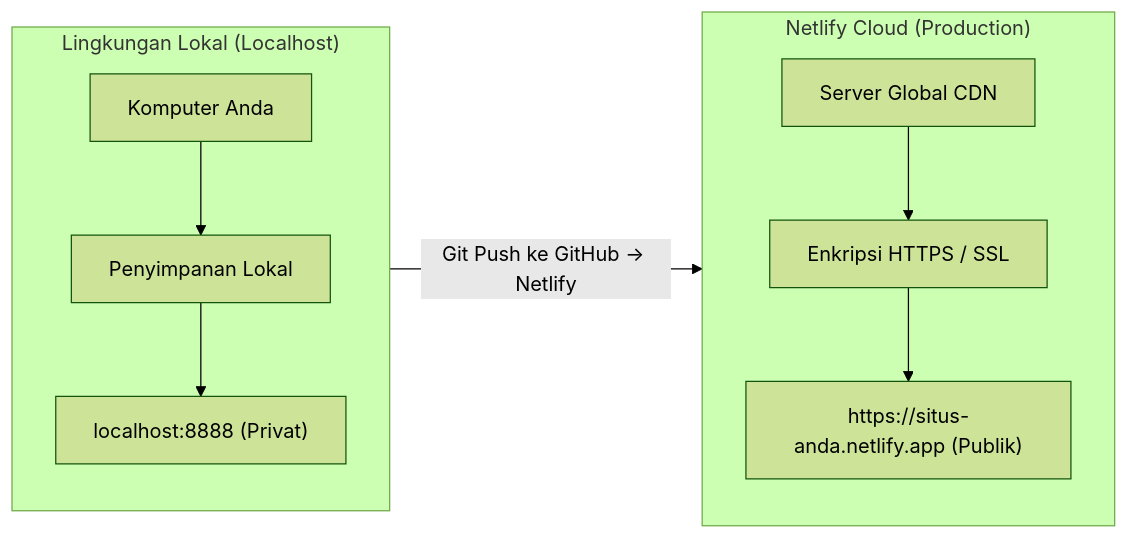
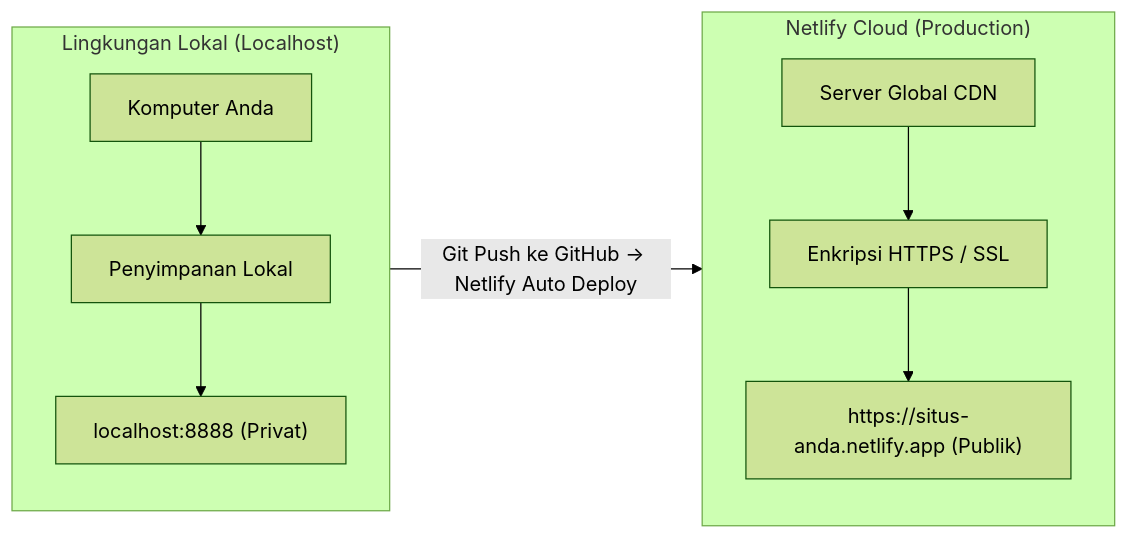
Before and after one commit to withered-flowers/materials-ise-2026: the first of 2 diagrams in deployment-slides/pages/01-konsep-deployment.md, drawn with Mermaid (forest theme). The commit also changed other lines of this file and 11 other files, not shown here.

Commit message:
feat: add traditional vs modern deployment, netlify dashboard flow, and lighthouse audit scores

````diff
--- a/deployment-slides/pages/01-konsep-deployment.md
+++ b/deployment-slides/pages/01-konsep-deployment.md
@@ -38,14 +88,14 @@
 ```mermaid {scale: 0.65}
 graph LR
     subgraph Local ["Lingkungan Lokal (Localhost)"]
         L1[Komputer Anda] --> L2[Penyimpanan Lokal]
         L2 --> L3["localhost:8888 (Privat)"]
     end
     
     subgraph Cloud ["Netlify Cloud (Production)"]
         P1[Server Global CDN] --> P2[Enkripsi HTTPS / SSL]
         P2 --> P3["https://situs-anda.netlify.app (Publik)"]
     end
 
-    Local -- "Git Push ke GitHub -> Netlify" --> Cloud
+    Local -- "Git Push ke GitHub -> Netlify Auto Deploy" --> Cloud
 ```
````
